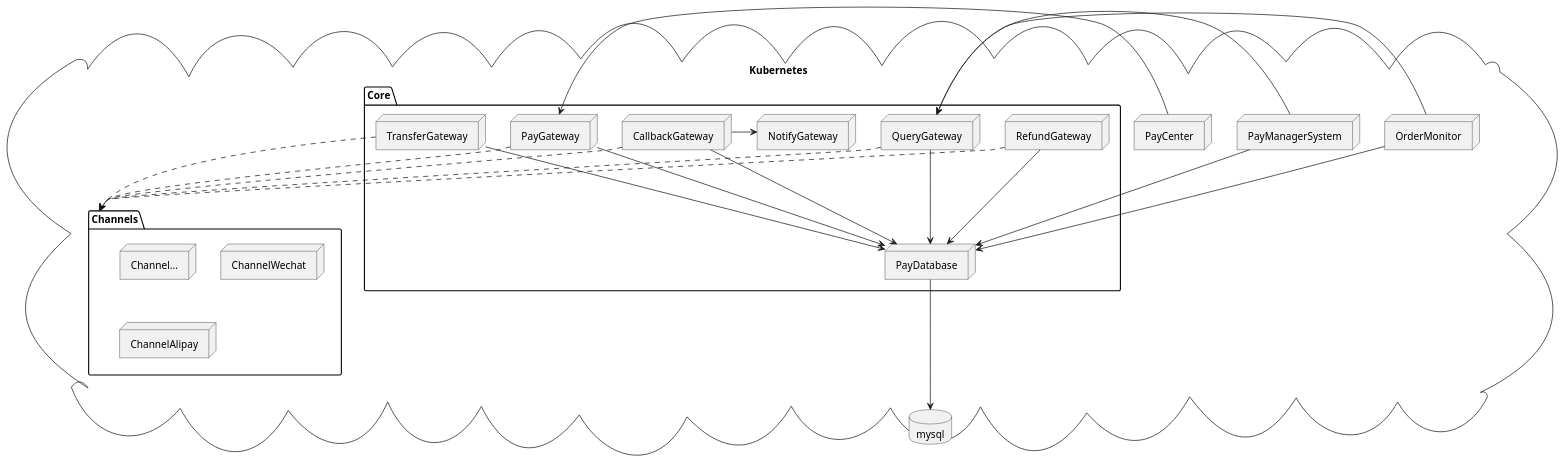
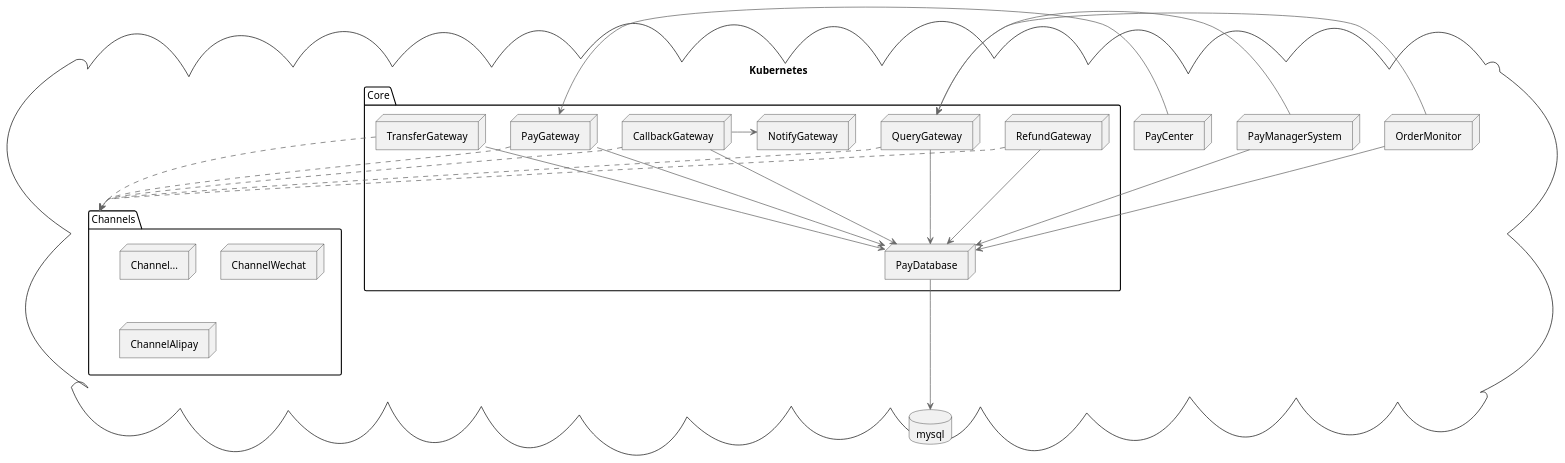
One commit to blademainer/blog changed the second of 2 diagrams in source/_posts/pay-design-architecture.md. Above: the diagram before and after it, drawn with PlantUML. The commit also changed other lines of this file, not shown here.

```diff
--- a/source/_posts/pay-design-architecture.md
+++ b/source/_posts/pay-design-architecture.md
@@ -116,73 +118,74 @@
 {% plantuml %}
+!includeurl https://raw.githubusercontent.com/blademainer/plantuml-style-c4/master/c4_component.puml
 
 ' define
 cloud Kubernetes{
   package Core {
     node PayGateway
     node QueryGateway
     node RefundGateway
     node TransferGateway
     node CallbackGateway
     node NotifyGateway
     node PayDatabase
   }
 
   package Channels {
     node Channel...
     node ChannelWechat
     node ChannelAlipay
   }
 
   node PayManagerSystem
   node OrderMonitor
   node PayCenter
 
 }
 
 database mysql
 
 'cloud EtcdCloud{
 '  storage etcd1
 '  storage etcd2
 '  storage etcd3
 '}
 
 ' === relations ===
 'PayCenter ..> EtcdCloud
 'PayGateway ..> EtcdCloud
 'QueryGateway ..> EtcdCloud
 'RefundGateway ..> EtcdCloud
 'TransferGateway ..> EtcdCloud
 'PayDatabase ..> EtcdCloud
 'ChannelWechat ..> EtcdCloud
 'ChannelAlipay ..> EtcdCloud
 'Channel... ..> EtcdCloud
 
 PayCenter -> PayGateway
 
 PayGateway ---> PayDatabase
 PayGateway ...> Channels
 
 QueryGateway ---> PayDatabase
 QueryGateway ...> Channels
 
 RefundGateway ---> PayDatabase
 RefundGateway ...> Channels
 
 CallbackGateway ---> PayDatabase
 CallbackGateway ...> Channels
 CallbackGateway -> NotifyGateway
 
 
 TransferGateway ---> PayDatabase
 TransferGateway ...> Channels
 
 PayManagerSystem -> PayDatabase
 PayManagerSystem -> QueryGateway
 
 OrderMonitor ---> PayDatabase
 OrderMonitor -> QueryGateway
 
 PayDatabase ---> mysql
 
 {% endplantuml %}
```
